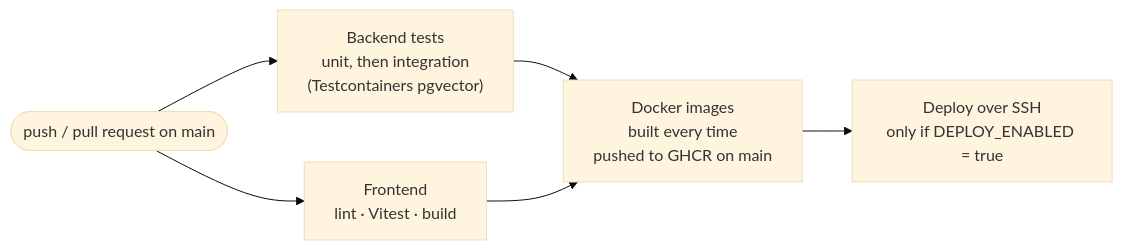
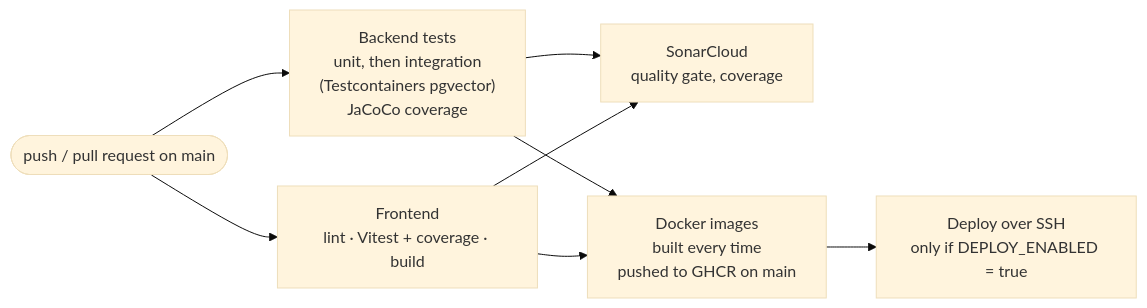
Before and after one commit to dev-Clarisse/QuadGPT: the fifth of 5 diagrams in docs/architecture.md, drawn with Mermaid (base theme). The commit also changed 31 other files, not shown here.

````diff
--- a/docs/architecture.md
+++ b/docs/architecture.md
@@ -144,8 +144,10 @@
 ```mermaid
 flowchart LR
-    push(["push / pull request on main"]) --> back["Backend tests<br/>unit, then integration<br/>(Testcontainers pgvector)"]
-    push --> front["Frontend<br/>lint · Vitest · build"]
+    push(["push / pull request on main"]) --> back["Backend tests<br/>unit, then integration<br/>(Testcontainers pgvector)<br/>JaCoCo coverage"]
+    push --> front["Frontend<br/>lint · Vitest + coverage · build"]
+    back --> sonar["SonarCloud<br/>quality gate, coverage"]
+    front --> sonar
     back --> docker["Docker images<br/>built every time<br/>pushed to GHCR on main"]
     front --> docker
     docker --> deploy["Deploy over SSH<br/>only if DEPLOY_ENABLED = true"]
 ```
````
